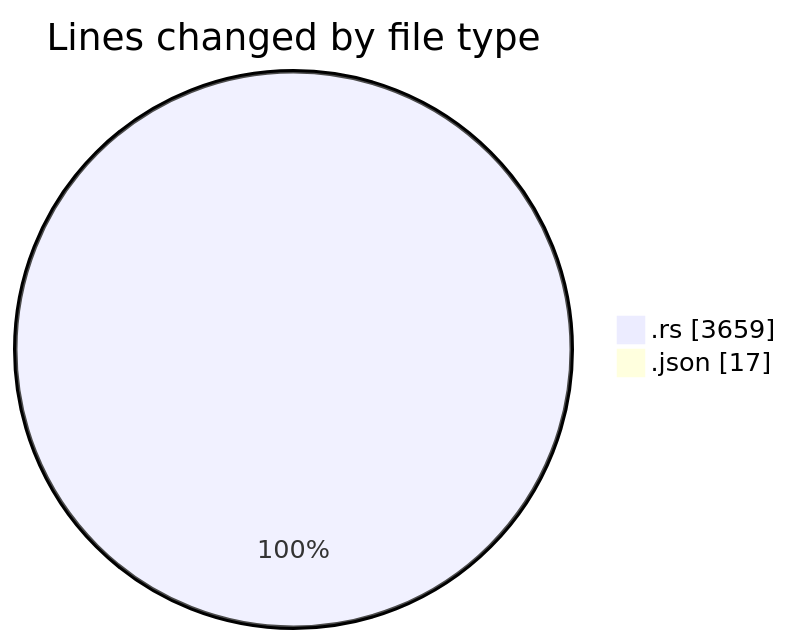
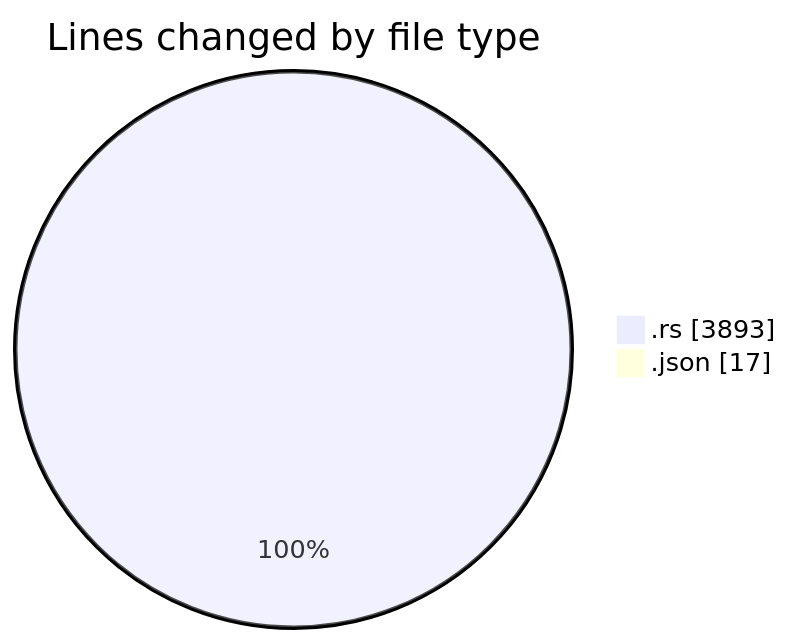
Before and after one commit to Ritupan-Deka/code-tracking: the first of 2 diagrams in 2025-12-28/rust/README.md, drawn with Mermaid. The commit also changed other lines of this file and 1 other file, not shown here.

````diff
--- a/2025-12-28/rust/README.md
+++ b/2025-12-28/rust/README.md
@@ -22,6 +22,6 @@
 ```mermaid
 pie showData
 title Lines changed by file type
-".rs" : 3659
+".rs" : 3893
 ".json" : 17
 ```
````
